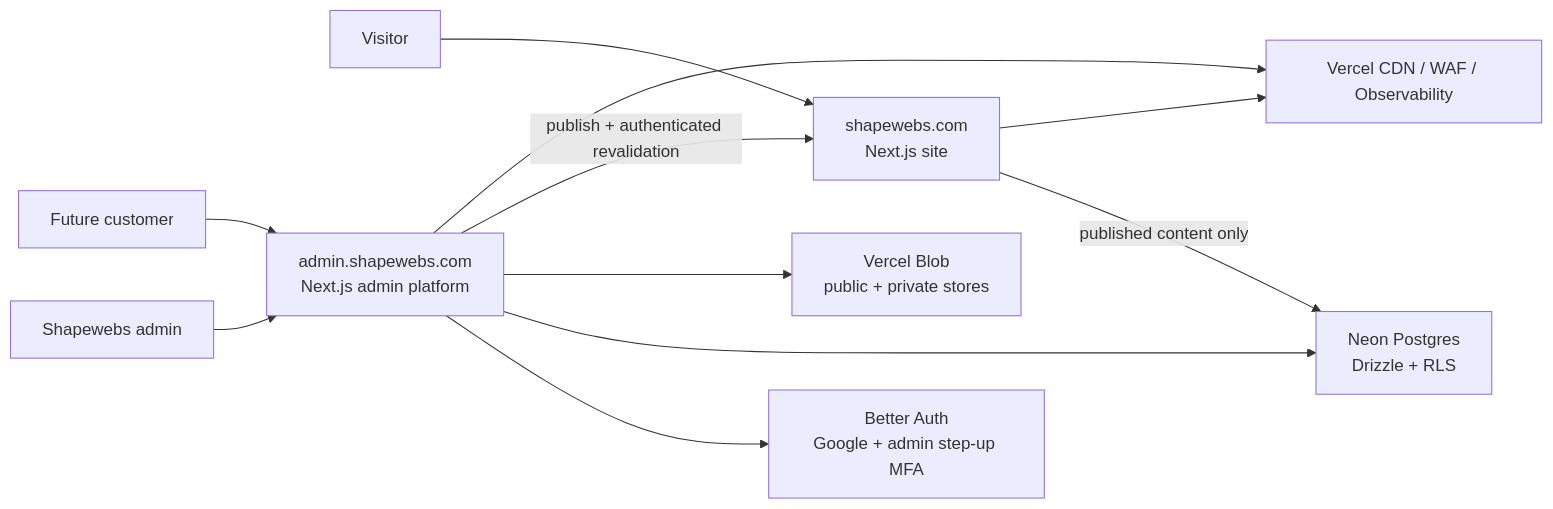
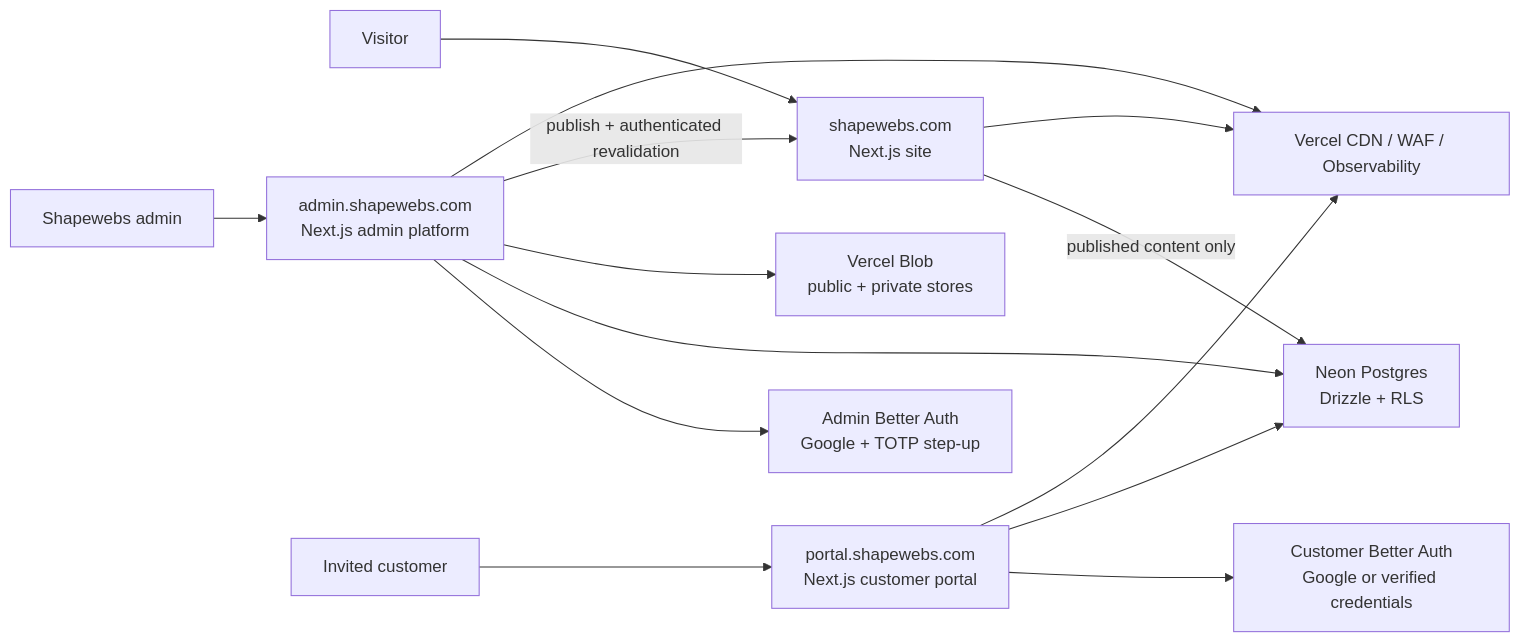
Before and after one commit to shapewebs/shapewebs-platform: the diagram in docs/foundation/architecture.md, drawn with Mermaid. The commit also changed other lines of this file and 31 other files, not shown here.

Commit message:
Add fail-closed customer portal foundation

````diff
--- a/docs/foundation/architecture.md
+++ b/docs/foundation/architecture.md
@@ -35,13 +42,16 @@
 ```mermaid
 flowchart LR
     Visitor["Visitor"] --> Site["shapewebs.com<br/>Next.js site"]
     Admin["Shapewebs admin"] --> Platform["admin.shapewebs.com<br/>Next.js admin platform"]
-    Customer["Future customer"] --> Platform
-    Platform --> Auth["Better Auth<br/>Google + admin step-up MFA"]
+    Customer["Invited customer"] --> Portal["portal.shapewebs.com<br/>Next.js customer portal"]
+    Platform --> Auth["Admin Better Auth<br/>Google + TOTP step-up"]
+    Portal --> CustomerAuth["Customer Better Auth<br/>Google or verified credentials"]
     Platform --> DB["Neon Postgres<br/>Drizzle + RLS"]
+    Portal --> DB
     Platform --> Storage["Vercel Blob<br/>public + private stores"]
     Site -->|"published content only"| DB
     Platform -->|"publish + authenticated revalidation"| Site
     Site --> Vercel["Vercel CDN / WAF / Observability"]
     Platform --> Vercel
+    Portal --> Vercel
 ```
````
